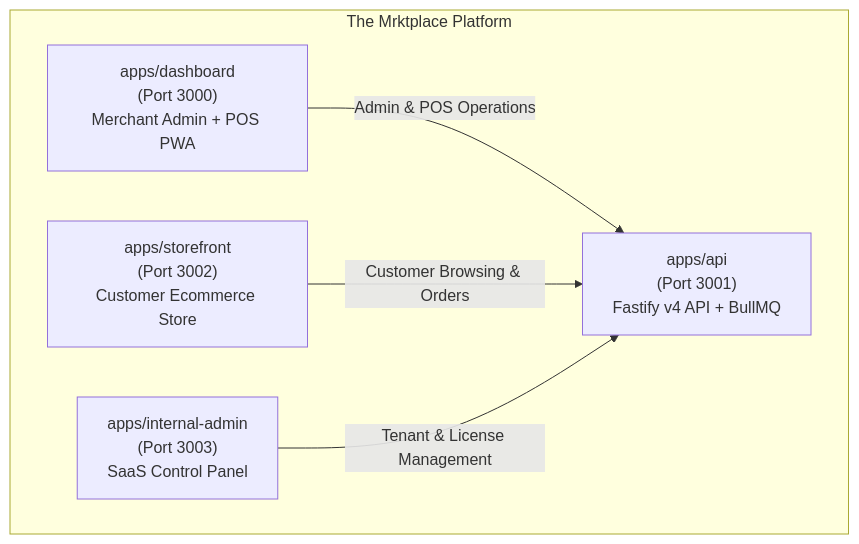
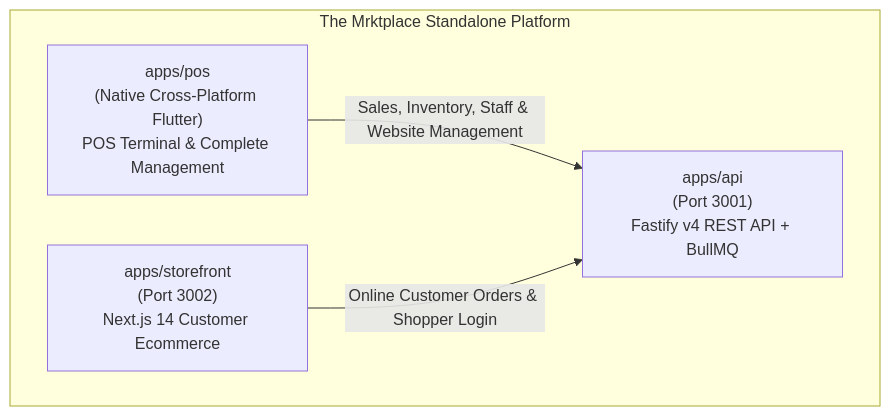
The first of 2 diagrams in docs/apps-breakdown.md (codernotme/marketplace), drawn with Mermaid before and after one commit. The commit also changed other lines of this file and 264 other files, not shown here.

Commit message:
feat: initialize api and pos applications with initial modules and structure

````diff
--- a/docs/apps-breakdown.md
+++ b/docs/apps-breakdown.md
@@ -9,13 +9,11 @@
 ```mermaid
 graph TD
-    subgraph SaaS["The Mrktplace Platform"]
-        API["apps/api<br/>(Port 3001)<br/>Fastify v4 API + BullMQ"]
-        DASH["apps/dashboard<br/>(Port 3000)<br/>Merchant Admin + POS PWA"]
-        STORE["apps/storefront<br/>(Port 3002)<br/>Customer Ecommerce Store"]
-        ADMIN["apps/internal-admin<br/>(Port 3003)<br/>SaaS Control Panel"]
+    subgraph Suite["The Mrktplace Standalone Platform"]
+        API["apps/api<br/>(Port 3001)<br/>Fastify v4 REST API + BullMQ"]
+        POS["apps/pos<br/>(Native Cross-Platform Flutter)<br/>POS Terminal & Complete Management"]
+        STORE["apps/storefront<br/>(Port 3002)<br/>Next.js 14 Customer Ecommerce"]
     end
 
-    DASH -->|"Admin & POS Operations"| API
-    STORE -->|"Customer Browsing & Orders"| API
-    ADMIN -->|"Tenant & License Management"| API
+    POS -->|"Sales, Inventory, Staff & Website Management"| API
+    STORE -->|"Online Customer Orders & Shopper Login"| API
 ```
````
